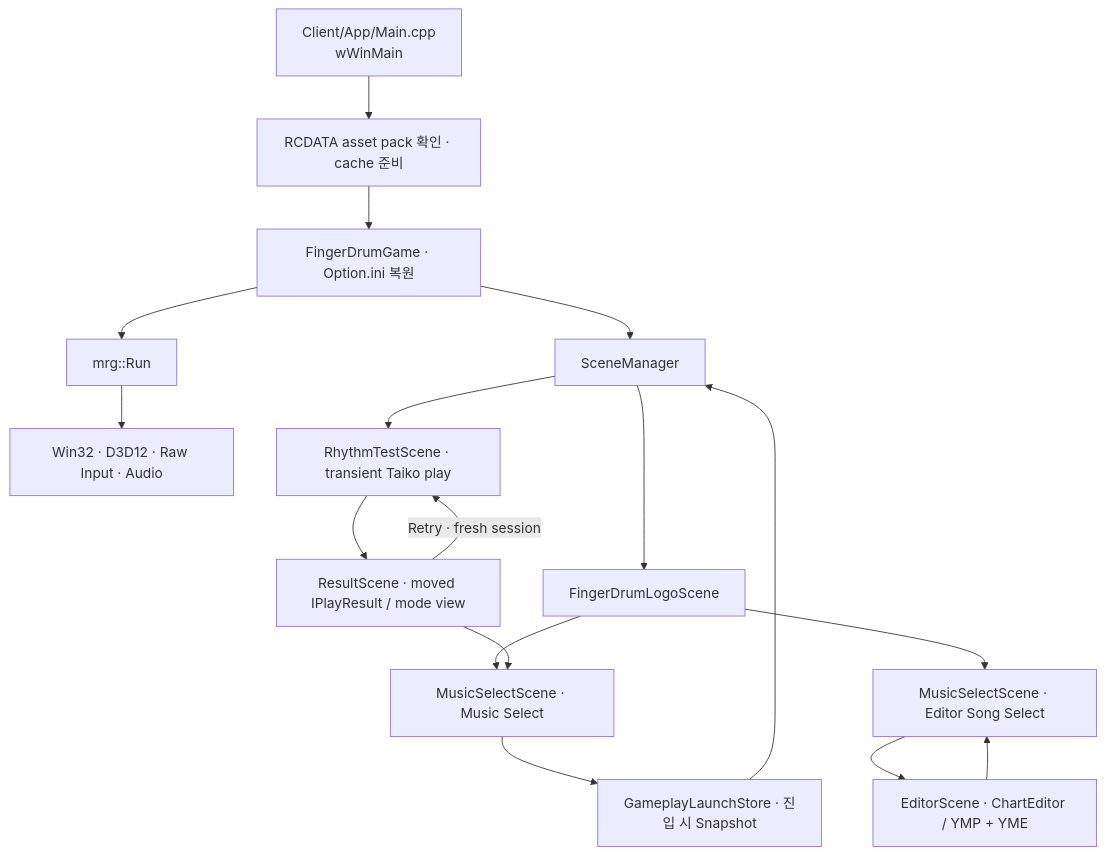
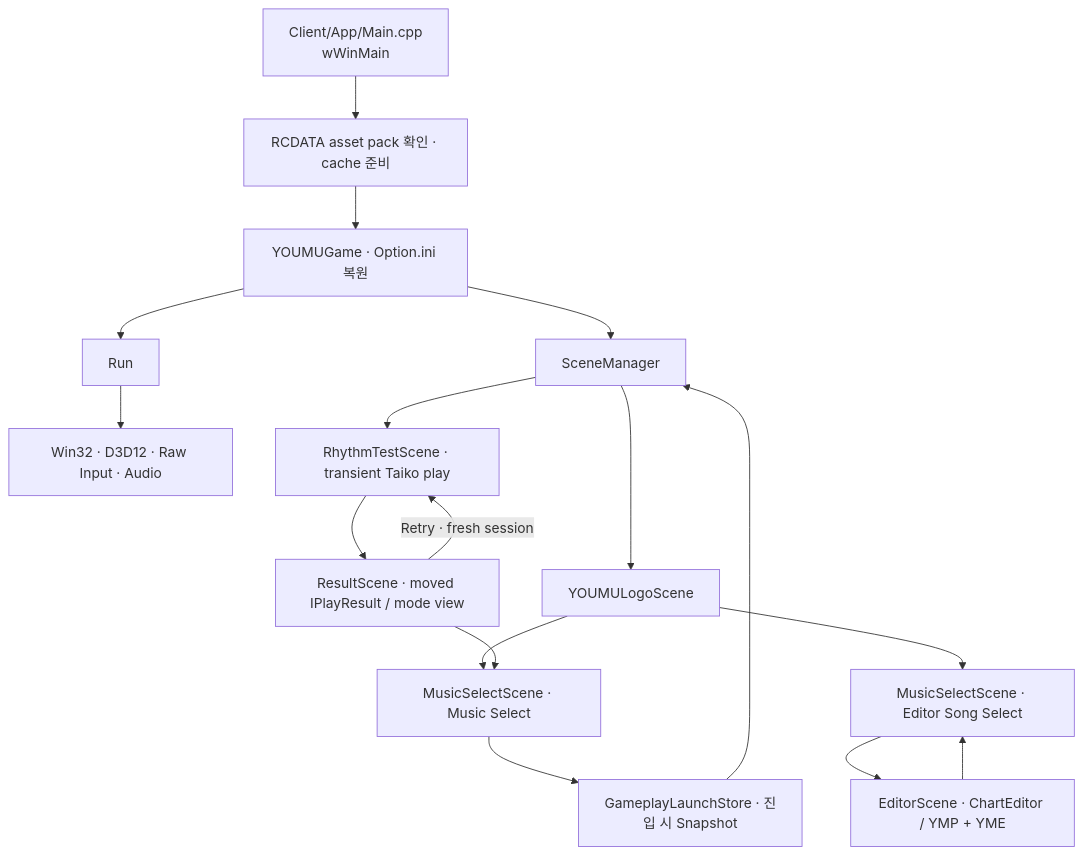
Before and after one commit to 4dblackhole/MyRhythmGame-Client: the diagram in Docs/ExecutionFlow.md, drawn with Mermaid. The commit also changed other lines of this file and 622 other files, not shown here.

Commit message:
Rename Client to YOUMU and validate converted charts in Client

````diff
--- a/Docs/ExecutionFlow.md
+++ b/Docs/ExecutionFlow.md
@@ -16,19 +16,19 @@
 ```mermaid
 flowchart TD
     Entry["Client/App/Main.cpp\nwWinMain"] --> Assets["RCDATA asset pack 확인 · cache 준비"]
-    Assets --> Game["FingerDrumGame · Option.ini 복원"]
-    Game --> Run["mrg::Run"]
+    Assets --> Game["YOUMUGame · Option.ini 복원"]
+    Game --> Run["Run"]
     Run --> Systems["Win32 · D3D12 · Raw Input · Audio"]
     Game --> Manager["SceneManager"]
-    Manager --> Logo["FingerDrumLogoScene"]
+    Manager --> Logo["YOUMULogoScene"]
     Logo --> Lobby["MusicSelectScene · Music Select"]
     Logo --> EditorSelect["MusicSelectScene · Editor Song Select"]
     EditorSelect --> Editor["EditorScene · ChartEditor / YMP + YME"]
     Editor --> EditorSelect
     Lobby --> Request["GameplayLaunchStore · 진입 시 Snapshot"]
     Request --> Manager
     Manager --> Test["RhythmTestScene · transient Taiko play"]
     Test --> Result["ResultScene · moved IPlayResult / mode view"]
     Result --> Lobby
     Result -->|Retry · fresh session| Test
 ```
````
